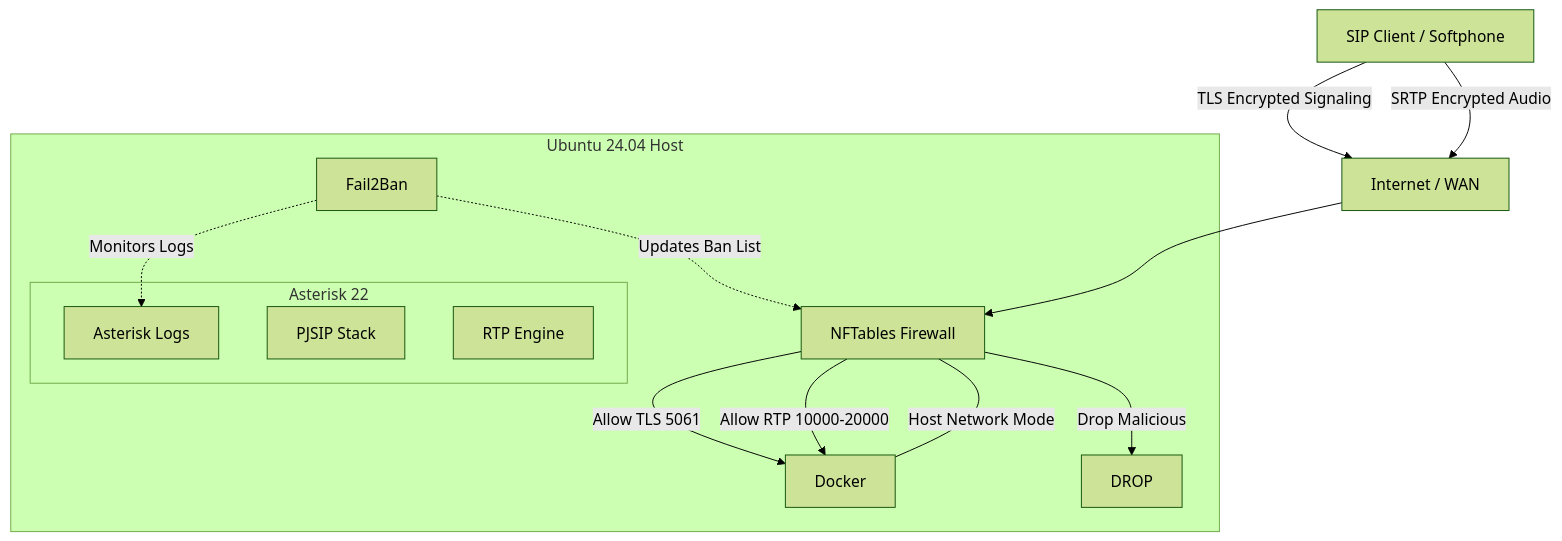
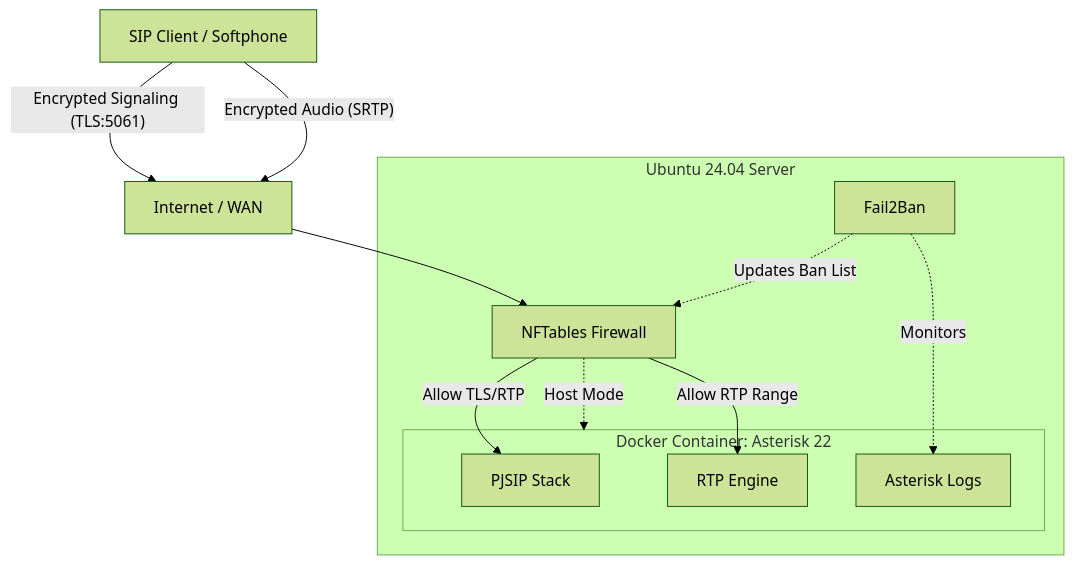
The diagram in README.md (weby-homelab/voip-installer), drawn with Mermaid (forest theme) before and after one commit. The commit also changed 2 other files, not shown here.

Commit message:
Fix: Correct Mermaid diagram syntax in all README files

````diff
--- a/README.md
+++ b/README.md
@@ -210,28 +210,29 @@
 ```mermaid
 graph TD
     User[SIP Client / Softphone]
     Net[Internet / WAN]
     FW[NFTables Firewall]
     F2B[Fail2Ban]
     
-    subgraph Server [Ubuntu 24.04 Host]
-        FW -->|"Allow TLS 5061"| Docker
-        FW -->|"Allow RTP 10000-20000"| Docker
-        FW -->|"Drop Malicious"| Drop[DROP]
+    subgraph Host [Ubuntu 24.04 Server]
+        FW
+        F2B
         
-        F2B -.->|"Monitors Logs"| Logs
-        F2B -.->|"Updates Ban List"| FW
-        
-        subgraph Docker Container [Asterisk 22]
+        subgraph Docker [Docker Container: Asterisk 22]
             PJSIP[PJSIP Stack]
             RTP[RTP Engine]
             Logs[Asterisk Logs]
         end
-        
-        Docker ---|"Host Network Mode"| FW
     end
     
-    User -->|"TLS Encrypted Signaling"| Net
-    User -->|"SRTP Encrypted Audio"| Net
+    User -->|"Encrypted Signaling (TLS:5061)"| Net
+    User -->|"Encrypted Audio (SRTP)"| Net
     Net --> FW
+    
+    FW -->|"Allow TLS/RTP"| PJSIP
+    FW -->|"Allow RTP Range"| RTP
+    FW -.->|"Host Mode"| Docker
+    
+    F2B -.->|"Monitors"| Logs
+    F2B -.->|"Updates Ban List"| FW
 ```
````
